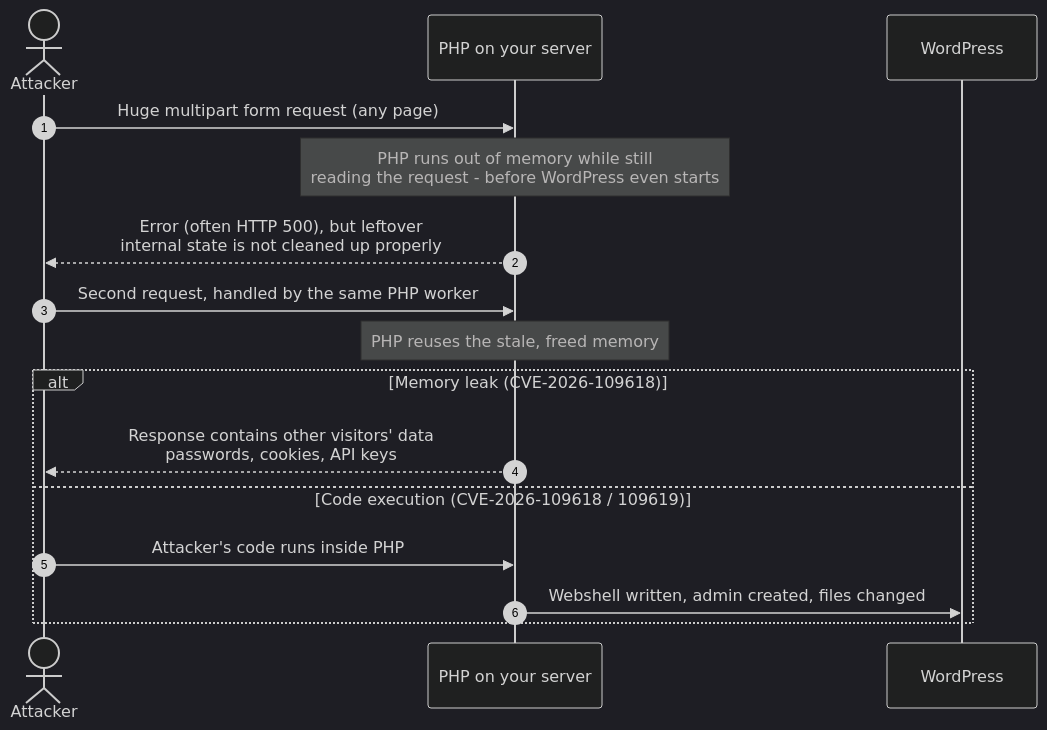
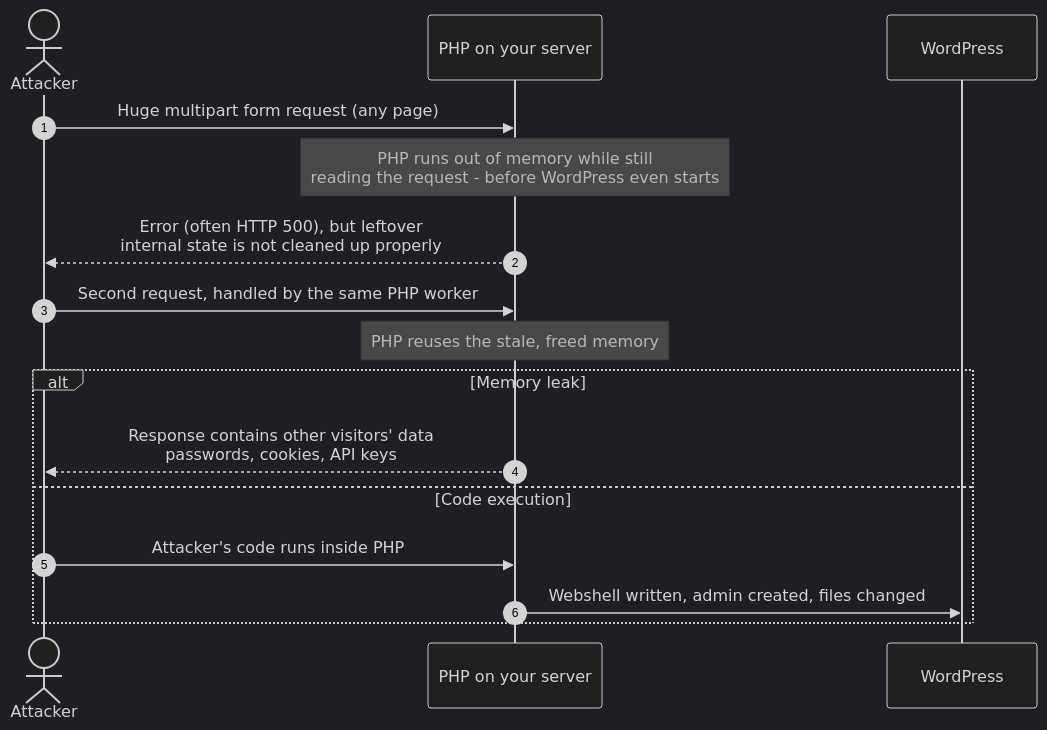
Before and after one commit to CptNope/JAT-Shell-Scanner: the first of 16 diagrams in README.md, drawn with Mermaid (dark theme). The commit also changed other lines of this file and 15 other files, not shown here.

````diff
--- a/README.md
+++ b/README.md
@@ -73,18 +73,18 @@
 ```mermaid
 sequenceDiagram
     autonumber
     actor A as Attacker
     participant P as PHP on your server
     participant W as WordPress
     A->>P: Huge multipart form request (any page)
     Note over P: PHP runs out of memory while still<br/>reading the request - before WordPress even starts
     P-->>A: Error (often HTTP 500), but leftover<br/>internal state is not cleaned up properly
     A->>P: Second request, handled by the same PHP worker
     Note over P: PHP reuses the stale, freed memory
-    alt Memory leak (CVE-2026-109618)
+    alt Memory leak
         P-->>A: Response contains other visitors' data<br/>passwords, cookies, API keys
-    else Code execution (CVE-2026-109618 / 109619)
+    else Code execution
         A->>P: Attacker's code runs inside PHP
         P->>W: Webshell written, admin created, files changed
     end
 ```
````
